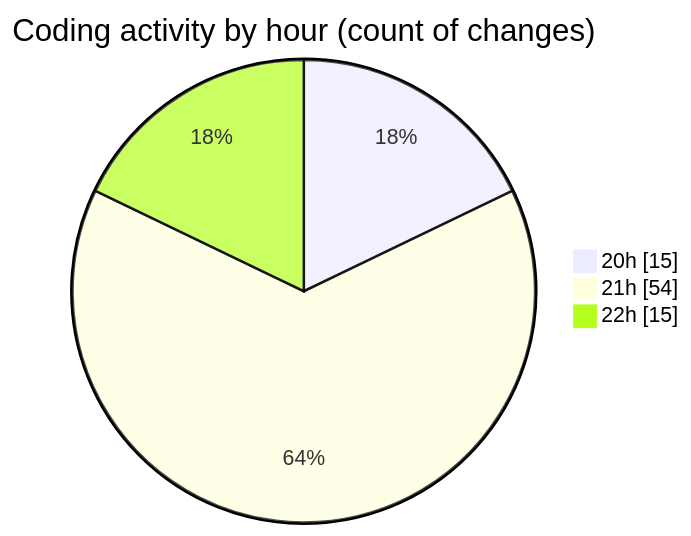
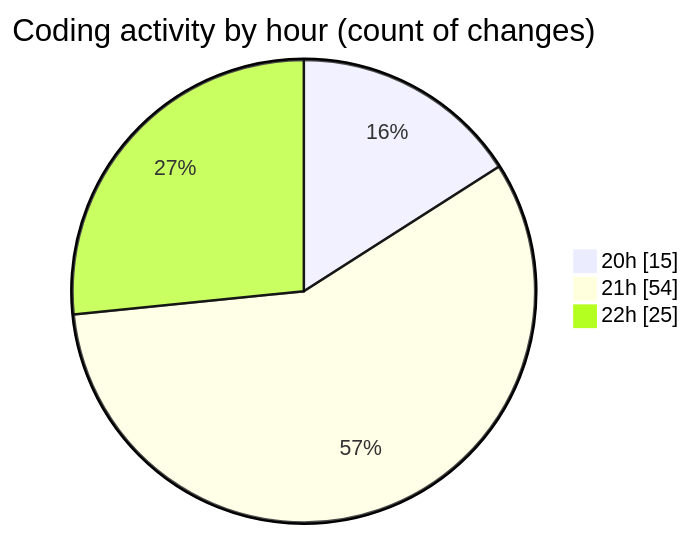
The second of 2 diagrams in 2025-05-02/date/README.md (Netris89/code-tracking), drawn with Mermaid before and after one commit. The commit also changed other lines of this file and 1 other file, not shown here.

````diff
--- a/2025-05-02/date/README.md
+++ b/2025-05-02/date/README.md
@@ -42,7 +42,7 @@
 ```mermaid
 pie showData
 title Coding activity by hour (count of changes)
 "20h" : 15
 "21h" : 54
-"22h" : 15
+"22h" : 25
 ```
````
